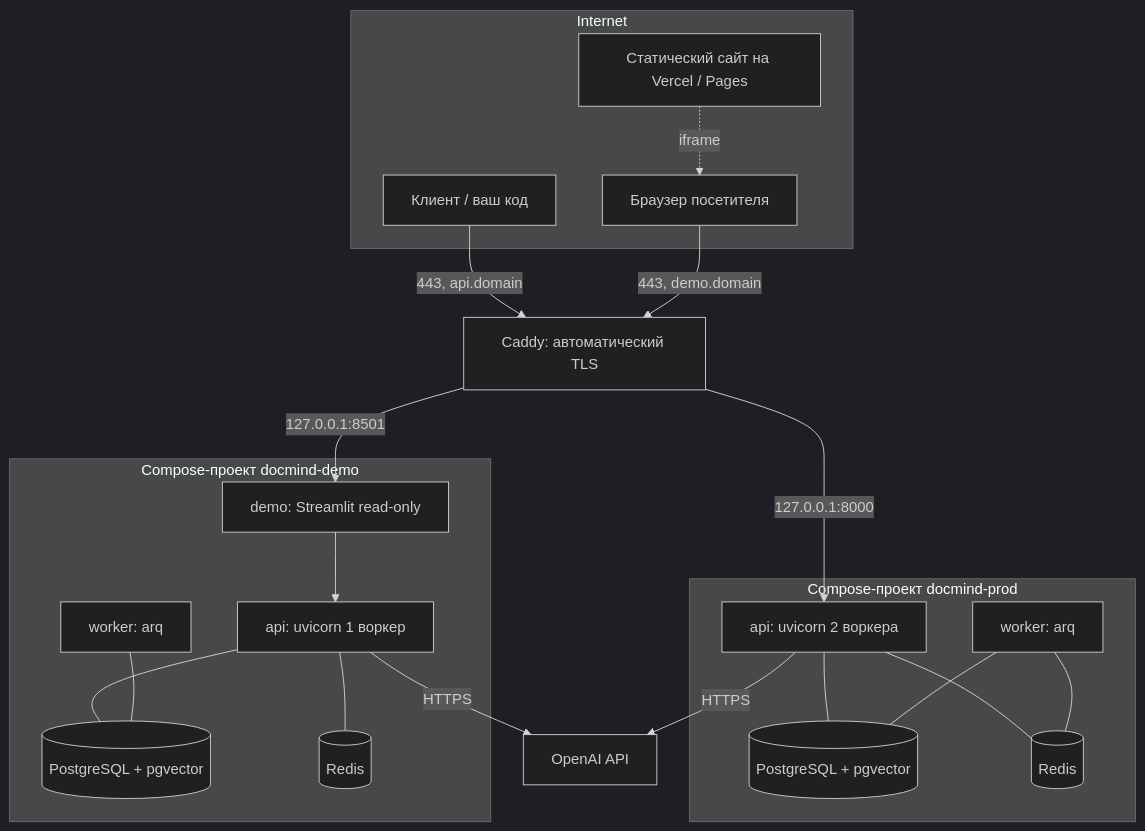
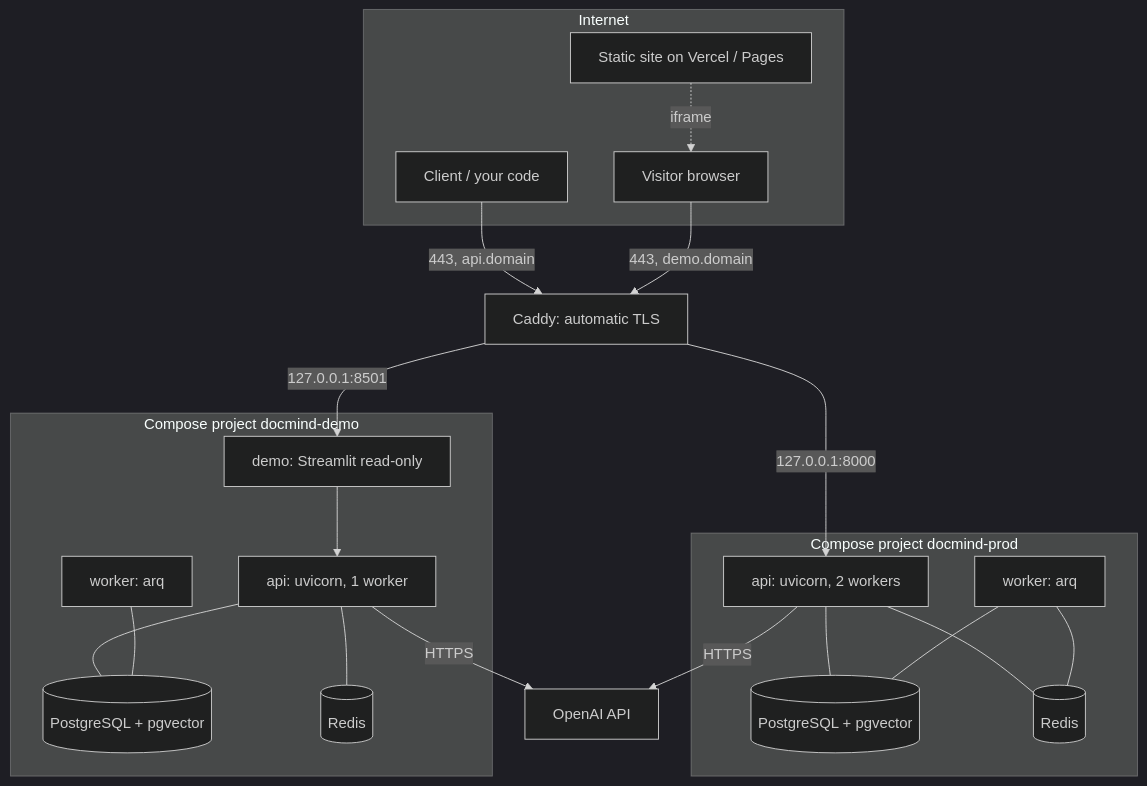
Before and after one commit to karltkiy/docmind: the diagram in docs/RUNBOOK.md, drawn with Mermaid (dark theme). The commit also changed other lines of this file and 2 other files, not shown here.

````diff
--- a/docs/RUNBOOK.md
+++ b/docs/RUNBOOK.md
@@ -38,40 +39,40 @@
 ```mermaid
 flowchart TB
     subgraph Internet
-        U1[Клиент / ваш код]
-        U2[Браузер посетителя]
-        SITE[Статический сайт на Vercel / Pages]
+        U1[Client / your code]
+        U2[Visitor browser]
+        SITE[Static site on Vercel / Pages]
     end
 
-    U1 -->|"443, api.domain"| C[Caddy: автоматический TLS]
+    U1 -->|"443, api.domain"| C[Caddy: automatic TLS]
     U2 -->|"443, demo.domain"| C
     SITE -.->|iframe| U2
 
-    subgraph PROD["Compose-проект docmind-prod"]
-        A["api: uvicorn 2 воркера"]
+    subgraph PROD["Compose project docmind-prod"]
+        A["api: uvicorn, 2 workers"]
         W["worker: arq"]
         D[(PostgreSQL + pgvector)]
         R[(Redis)]
         A --- D
         A --- R
         W --- D
         W --- R
     end
 
-    subgraph DEMO["Compose-проект docmind-demo"]
-        DA["api: uvicorn 1 воркер"]
+    subgraph DEMO["Compose project docmind-demo"]
+        DA["api: uvicorn, 1 worker"]
         DW["worker: arq"]
         DD[(PostgreSQL + pgvector)]
         DR[(Redis)]
         UI["demo: Streamlit read-only"]
         UI --> DA
         DA --- DD
         DA --- DR
         DW --- DD
     end
 
     C -->|"127.0.0.1:8000"| A
     C -->|"127.0.0.1:8501"| UI
     A -->|HTTPS| P["OpenAI API"]
     DA -->|HTTPS| P
 ```
````
